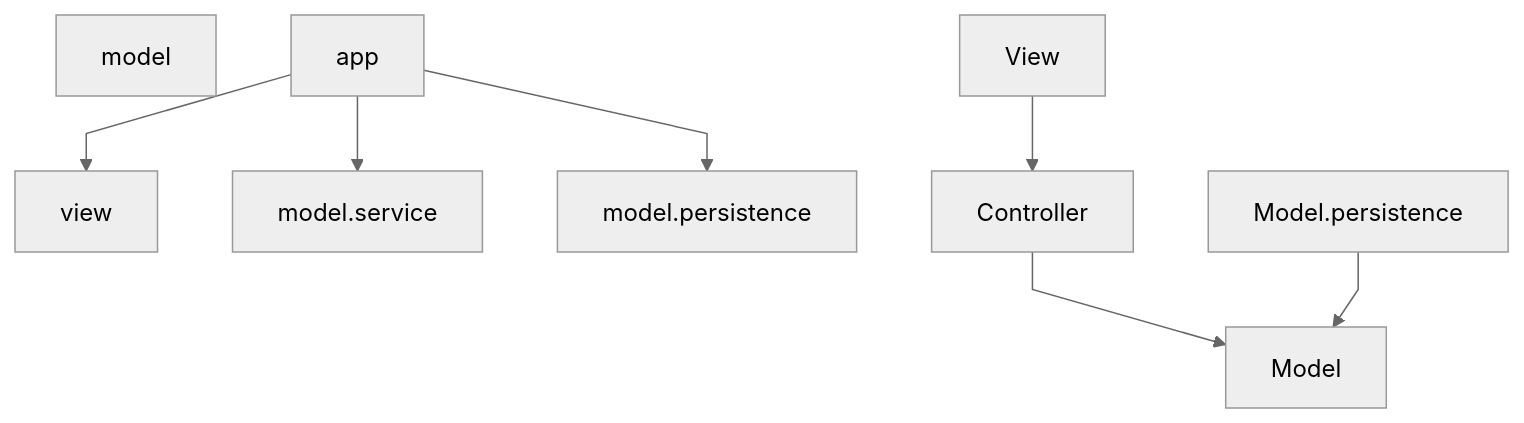
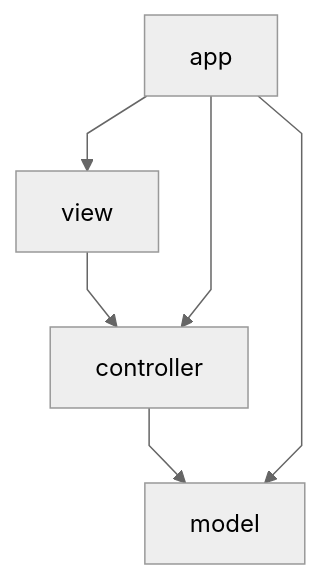
Before and after one commit to ValerioGiglio04/rpg-MPGC: the diagram in .github/wiki-pages/Responsabilita-e-architettura.md, drawn with Mermaid (neutral theme). The commit also changed other lines of this file and 49 other files, not shown here.

````diff
--- a/.github/wiki-pages/Responsabilita-e-architettura.md
+++ b/.github/wiki-pages/Responsabilita-e-architettura.md
@@ -11,15 +11,13 @@
 ```mermaid
 %%{init: {'flowchart': {'curve': 'linear'}}}%%
 flowchart TB
-  UI[view]
-  App[model.service]
-  Domain[model]
-  Adapter[model.persistence]
+  View[view]
+  Controller[controller]
+  Model[model]
   Bootstrap[app]
   View --> Controller
   Controller --> Model
-  Model.persistence --> Model
-  Bootstrap --> UI
-  Bootstrap --> App
-  Bootstrap --> Adapter
+  Bootstrap --> View
+  Bootstrap --> Controller
+  Bootstrap --> Model
 ```
````
